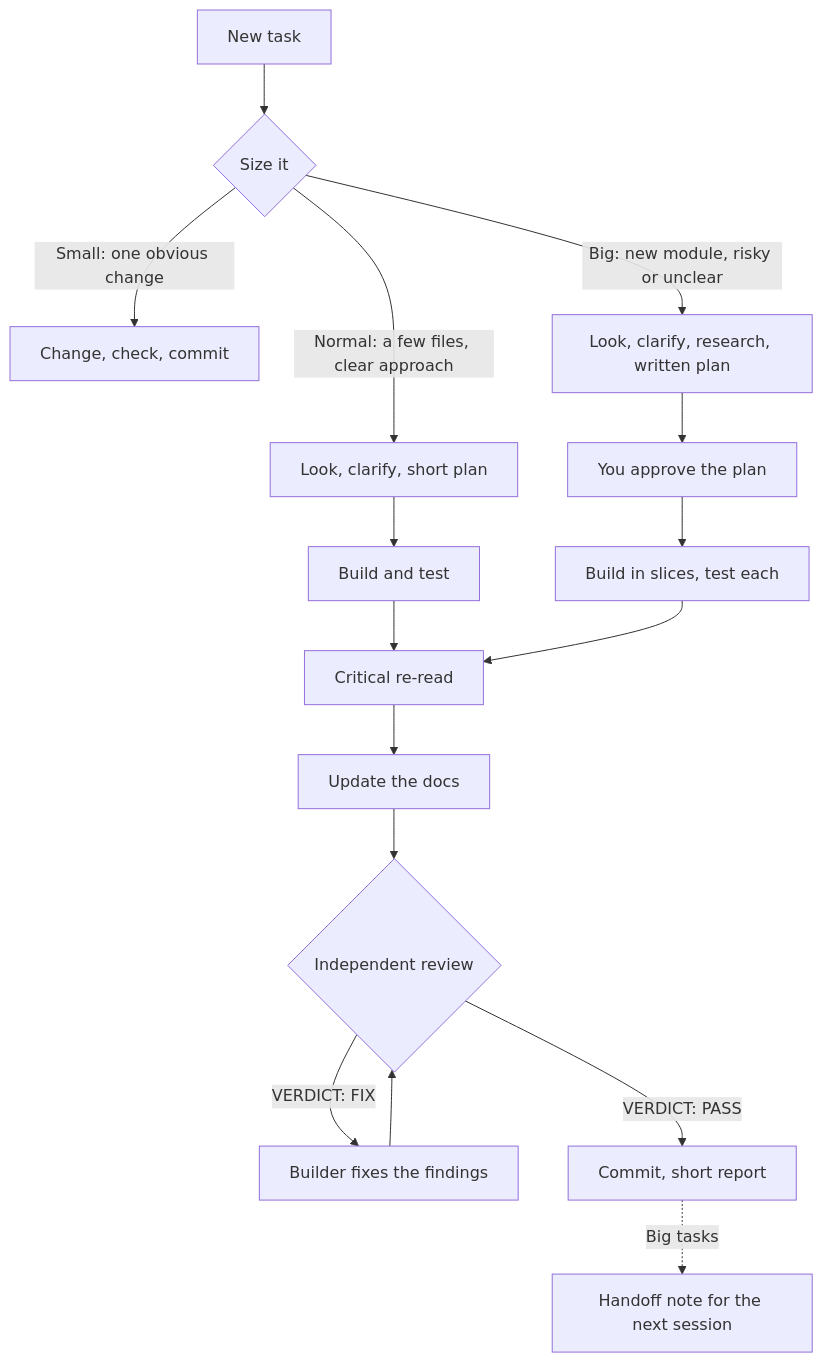
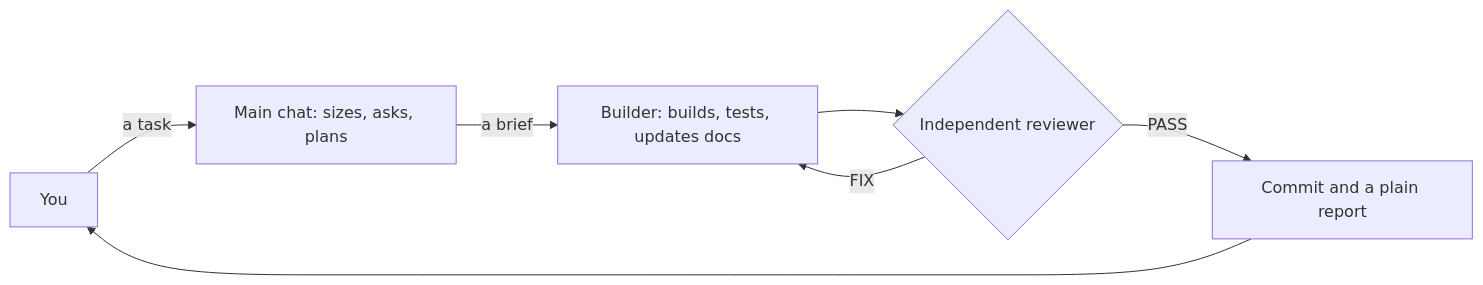
One commit to WaqarAhmad321/claude-kit changed the diagram in README.md. Above: the diagram before and after it, drawn with Mermaid. The commit also changed other lines of this file and 4 other files, not shown here.

````diff
--- a/README.md
+++ b/README.md
@@ -92,18 +86,9 @@
 ```mermaid
-flowchart TD
-    T[New task] --> S{Size it}
-    S -->|Small: one obvious change| SC[Change, check, commit]
-    S -->|Normal: a few files, clear approach| N[Look, clarify, short plan]
-    S -->|Big: new module, risky or unclear| B[Look, clarify, research, written plan]
-    B --> A[You approve the plan]
-    A --> BS[Build in slices, test each]
-    N --> NB[Build and test]
-    NB --> RR[Critical re-read]
-    BS --> RR
-    RR --> D[Update the docs]
-    D --> R{Independent review}
-    R -->|VERDICT: FIX| F[Builder fixes the findings]
-    F --> R
-    R -->|VERDICT: PASS| C[Commit, short report]
-    C -.->|Big tasks| H[Handoff note for the next session]
+flowchart LR
+    You -->|a task| M[Main chat: sizes, asks, plans]
+    M -->|a brief| B[Builder: builds, tests, updates docs]
+    B --> R{Independent reviewer}
+    R -->|FIX| B
+    R -->|PASS| D[Commit and a plain report]
+    D --> You
 ```
````
